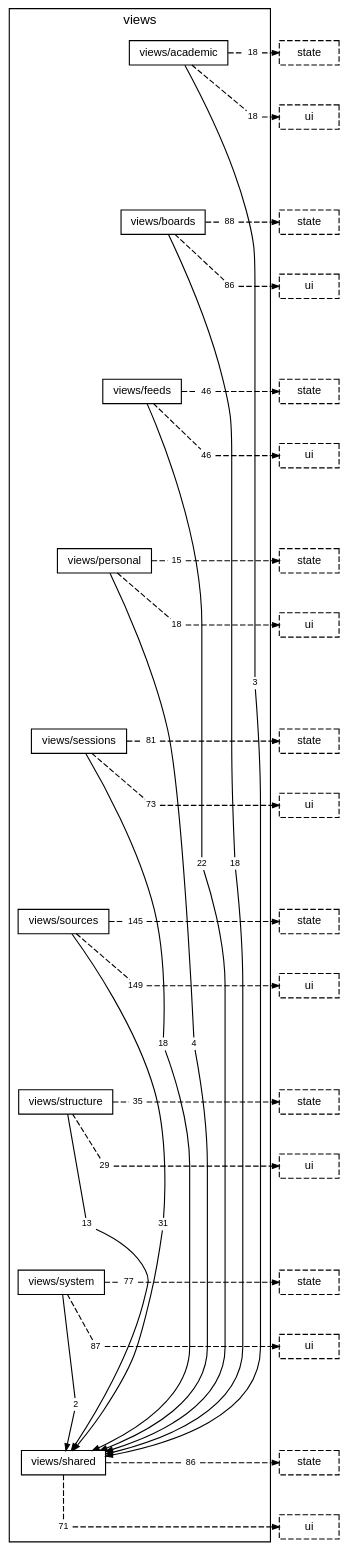
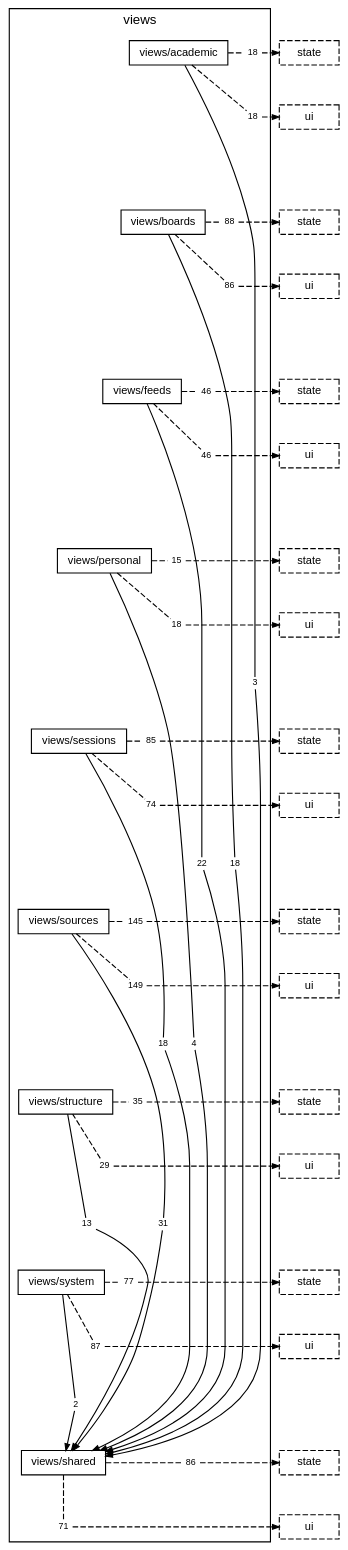
Before and after one commit to TheAxeC/oculus: the diagram in docs/diagrams/layer-views.dot, drawn with Graphviz. The commit also changed 49 other files, not shown here.

```diff
--- a/docs/diagrams/layer-views.dot
+++ b/docs/diagrams/layer-views.dot
@@ -26,8 +26,8 @@
         "folder views/personal to layer state" [label="15", shape=box, color="transparent", fontsize=8, width=0, height=0, margin="0.04,0.02"];
         "folder views/personal to layer ui" [label="18", shape=box, color="transparent", fontsize=8, width=0, height=0, margin="0.04,0.02"];
         "folder views/sessions to folder views/shared" [label="18", shape=box, color="transparent", fontsize=8, width=0, height=0, margin="0.04,0.02"];
-        "folder views/sessions to layer state" [label="81", shape=box, color="transparent", fontsize=8, width=0, height=0, margin="0.04,0.02"];
-        "folder views/sessions to layer ui" [label="73", shape=box, color="transparent", fontsize=8, width=0, height=0, margin="0.04,0.02"];
+        "folder views/sessions to layer state" [label="85", shape=box, color="transparent", fontsize=8, width=0, height=0, margin="0.04,0.02"];
+        "folder views/sessions to layer ui" [label="74", shape=box, color="transparent", fontsize=8, width=0, height=0, margin="0.04,0.02"];
         "folder views/sources to folder views/shared" [label="31", shape=box, color="transparent", fontsize=8, width=0, height=0, margin="0.04,0.02"];
         "folder views/sources to layer state" [label="145", shape=box, color="transparent", fontsize=8, width=0, height=0, margin="0.04,0.02"];
         "folder views/sources to layer ui" [label="149", shape=box, color="transparent", fontsize=8, width=0, height=0, margin="0.04,0.02"];
```
